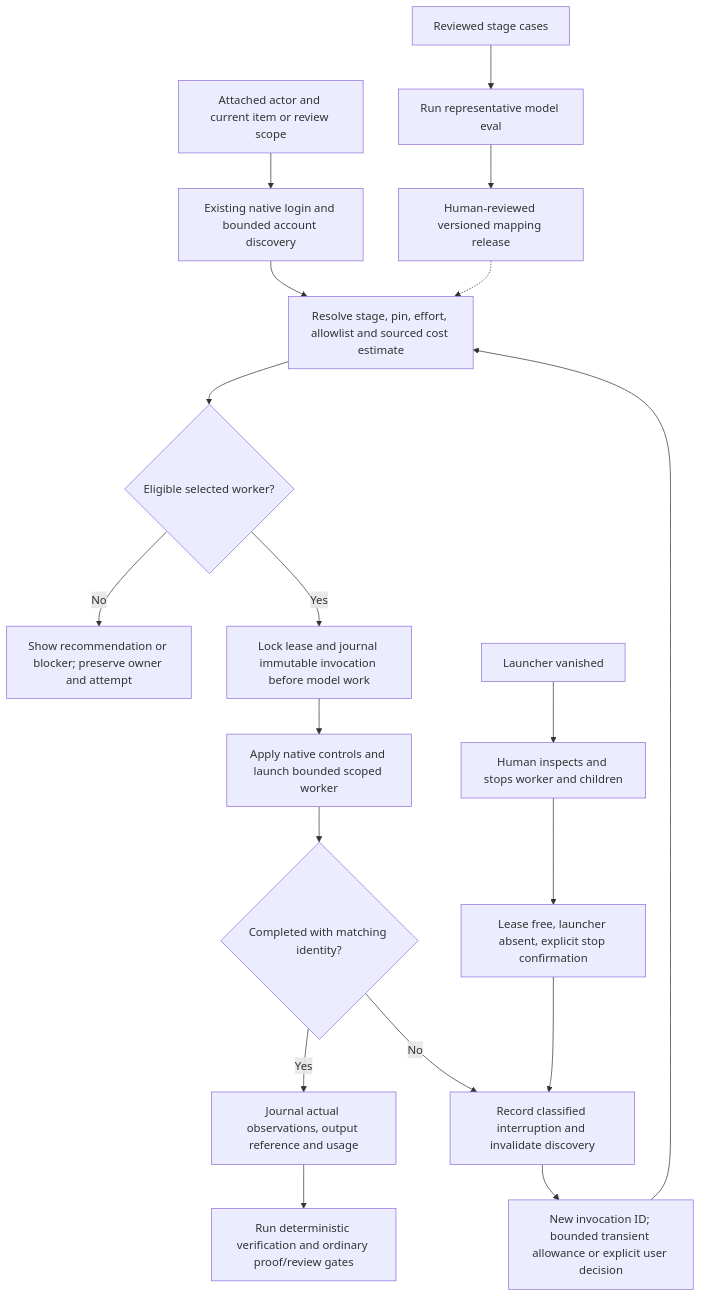
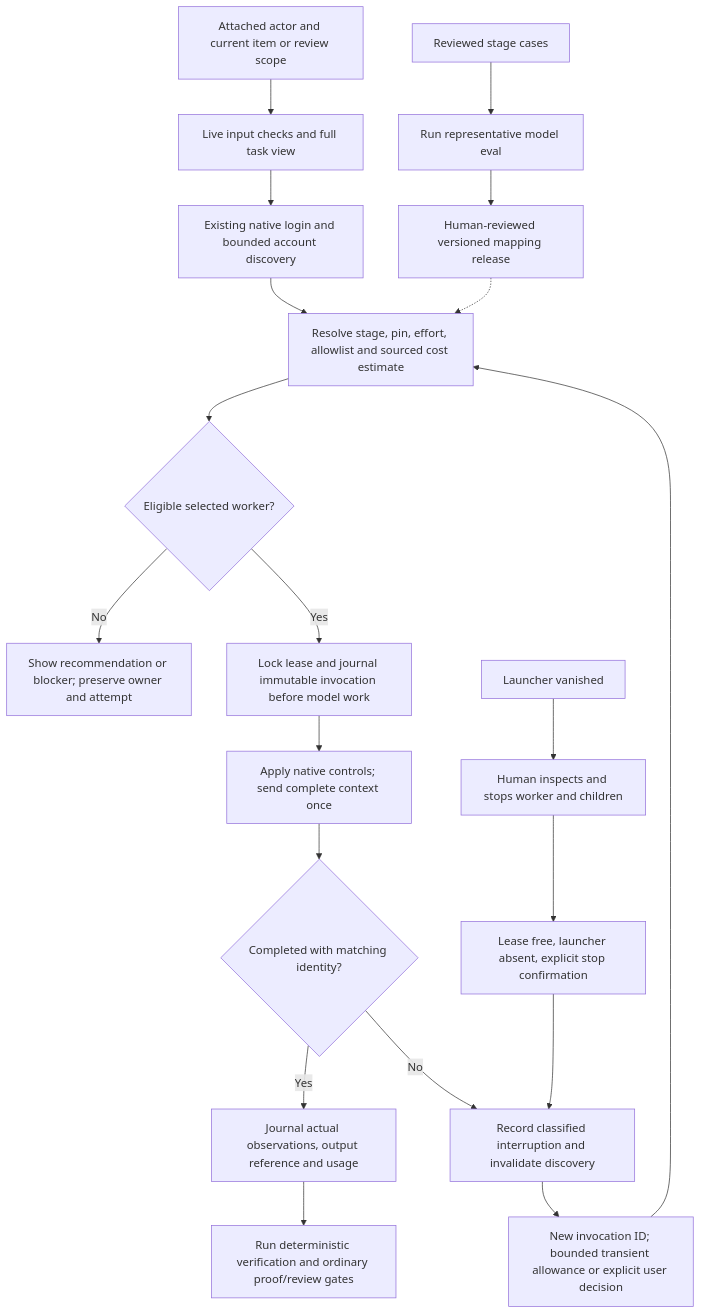
One commit to wgentil/devflow changed the diagram in docs/native-models.md. Above: the diagram before and after it, drawn with Mermaid. The commit also changed 47 other files, not shown here.

Commit message:
docs: streamline skill context and add a guided quick start

````diff
--- a/docs/native-models.md
+++ b/docs/native-models.md
@@ -43,21 +43,22 @@
 ```mermaid
 flowchart TD
-    scope[Attached actor and current item or review scope] --> discover[Existing native login and bounded account discovery]
+    scope[Attached actor and current item or review scope] --> prepare[Live input checks and full task view]
+    prepare --> discover[Existing native login and bounded account discovery]
     discover --> policy[Resolve stage, pin, effort, allowlist and sourced cost estimate]
     cases[Reviewed stage cases] --> eval[Run representative model eval]
     eval --> release[Human-reviewed versioned mapping release]
     release -.-> policy
     policy --> blocked{Eligible selected worker?}
     blocked -->|No| pause[Show recommendation or blocker; preserve owner and attempt]
     blocked -->|Yes| start[Lock lease and journal immutable invocation before model work]
-    start --> native[Apply native controls and launch bounded scoped worker]
+    start --> native[Apply native controls; send complete context once]
     native --> result{Completed with matching identity?}
     result -->|Yes| receipt[Journal actual observations, output reference and usage]
     result -->|No| interrupted[Record classified interruption and invalidate discovery]
     interrupted --> replacement[New invocation ID; bounded transient allowance or explicit user decision]
     replacement --> policy
     receipt --> proof[Run deterministic verification and ordinary proof/review gates]
     orphan[Launcher vanished] --> inspect[Human inspects and stops worker and children]
     inspect --> reconcile[Lease free, launcher absent, explicit stop confirmation]
     reconcile --> interrupted
 ```
````
